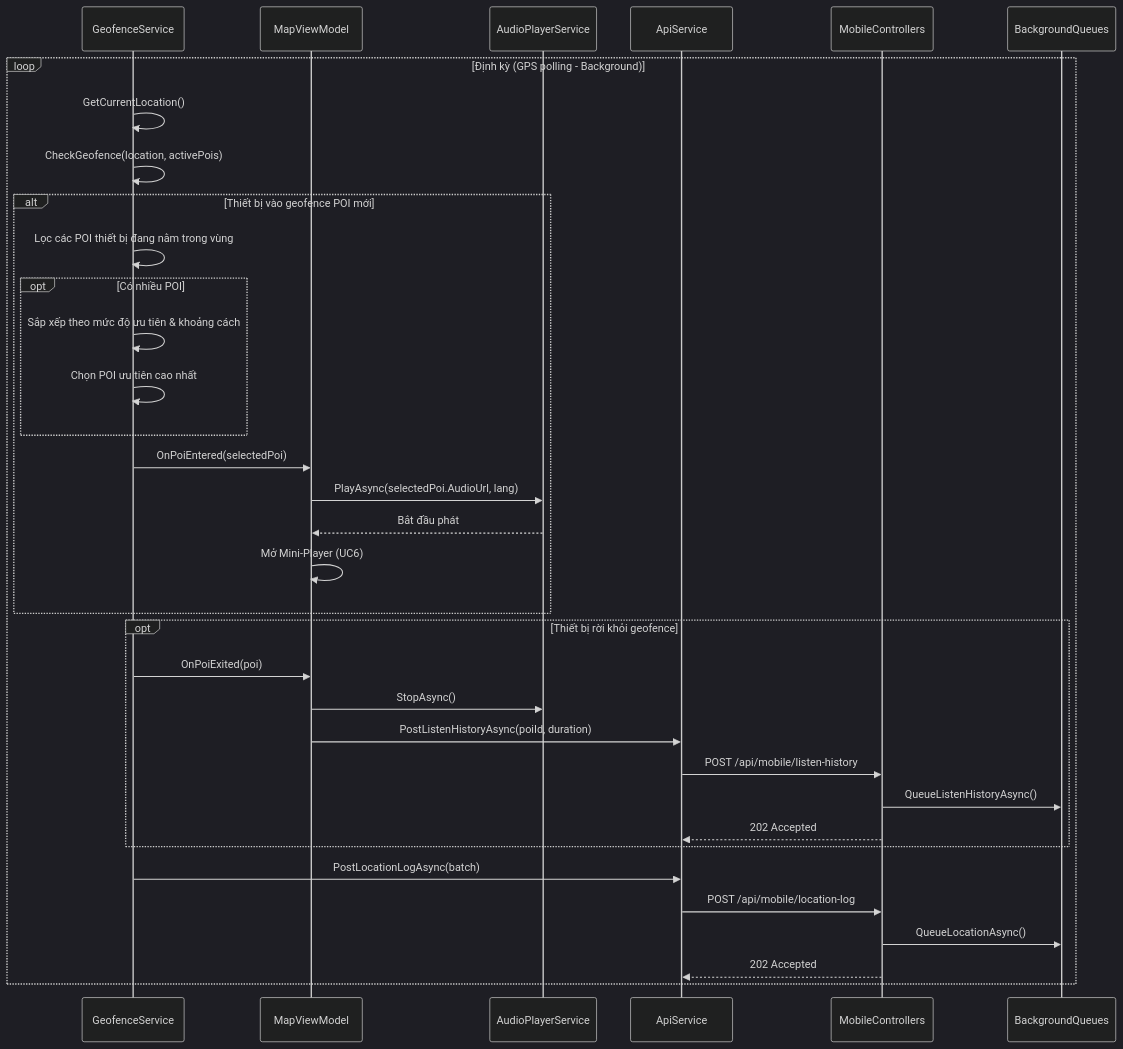
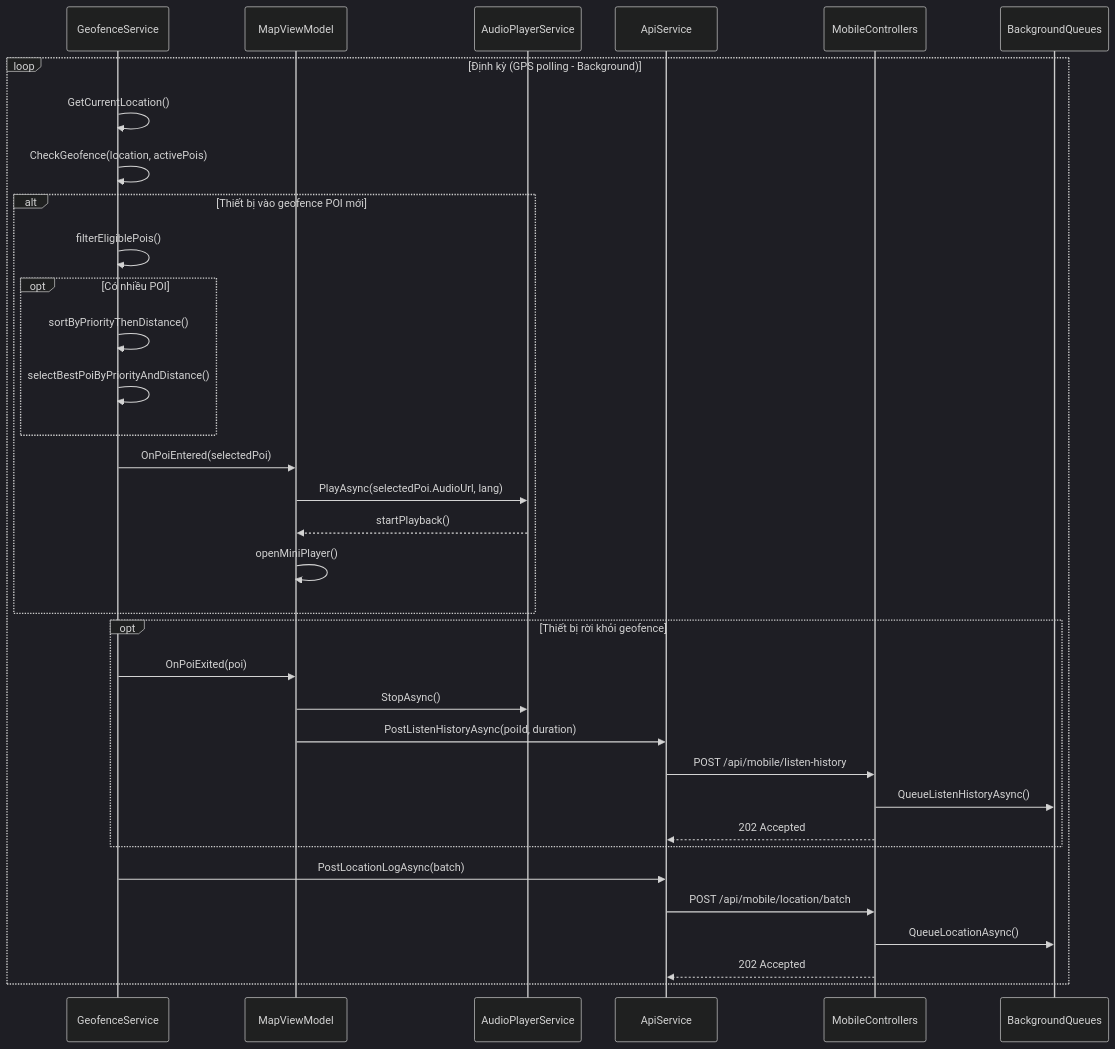
One commit to quynhtien1977/AudioGo changed the ninth of 58 diagrams in PRD.md. Above: the diagram before and after it, drawn with Mermaid (dark theme). The commit also changed other lines of this file and 2 other files, not shown here.

````diff
--- a/PRD.md
+++ b/PRD.md
@@ -915,42 +949,42 @@
 ```mermaid
 sequenceDiagram
     participant GeoSvc as GeofenceService
     participant MapVM as MapViewModel
     participant AudioSvc as AudioPlayerService
     participant API as ApiService
     participant Ctrls as MobileControllers
     participant Queues as BackgroundQueues
 
     loop Định kỳ (GPS polling - Background)
         GeoSvc ->> GeoSvc: GetCurrentLocation()
         GeoSvc ->> GeoSvc: CheckGeofence(location, activePois)
         
         alt Thiết bị vào geofence POI mới
-            GeoSvc ->> GeoSvc: Lọc các POI thiết bị đang nằm trong vùng
+            GeoSvc ->> GeoSvc: filterEligiblePois()
             
             opt Có nhiều POI
-                GeoSvc ->> GeoSvc: Sắp xếp theo mức độ ưu tiên & khoảng cách
-                GeoSvc ->> GeoSvc: Chọn POI ưu tiên cao nhất
+                GeoSvc ->> GeoSvc: sortByPriorityThenDistance()
+                GeoSvc ->> GeoSvc: selectBestPoiByPriorityAndDistance()
             end
 
             GeoSvc ->> MapVM: OnPoiEntered(selectedPoi)
             MapVM ->> AudioSvc: PlayAsync(selectedPoi.AudioUrl, lang)
-            AudioSvc -->> MapVM: Bắt đầu phát
-            MapVM ->> MapVM: Mở Mini-Player (UC6)
+            AudioSvc -->> MapVM: startPlayback()
+            MapVM ->> MapVM: openMiniPlayer()
         end
 
         opt Thiết bị rời khỏi geofence
             GeoSvc ->> MapVM: OnPoiExited(poi)
             MapVM ->> AudioSvc: StopAsync()
             MapVM ->> API: PostListenHistoryAsync(poiId, duration)
             API ->> Ctrls: POST /api/mobile/listen-history
             Ctrls ->> Queues: QueueListenHistoryAsync()
             Ctrls -->> API: 202 Accepted
         end
 
         GeoSvc ->> API: PostLocationLogAsync(batch)
-        API ->> Ctrls: POST /api/mobile/location-log
+        API ->> Ctrls: POST /api/mobile/location/batch
         Ctrls ->> Queues: QueueLocationAsync()
         Ctrls -->> API: 202 Accepted
     end
 ```
````
